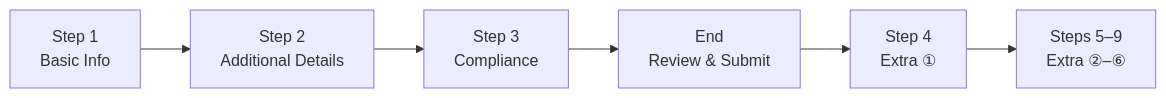
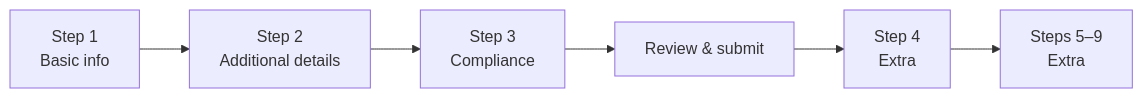
Before and after one commit to sampadadiwan/IRM_CompanyMain: the second of 4 diagrams in docs/user_guides/custom_fields_user_guide.md, drawn with Mermaid. The commit also changed other lines of this file and 21 other files, not shown here.

````diff
--- a/docs/user_guides/custom_fields_user_guide.md
+++ b/docs/user_guides/custom_fields_user_guide.md
@@ -149,8 +142,8 @@
 ```mermaid
 graph LR
-    Step1[Step 1\nBasic Info] --> Step2[Step 2\nAdditional Details]
-    Step2 --> Step3[Step 3\nCompliance]
-    Step3 --> StepEnd[End\nReview & Submit]
-    StepEnd --> Step4[Step 4\nExtra ①]
-    Step4 --> StepN[Steps 5–9\nExtra ②–⑥]
+    S1[Step 1<br/>Basic info] --> S2[Step 2<br/>Additional details]
+    S2 --> S3[Step 3<br/>Compliance]
+    S3 --> SEnd[Review & submit]
+    SEnd --> S4[Step 4<br/>Extra]
+    S4 --> SN[Steps 5–9<br/>Extra]
 ```
````
